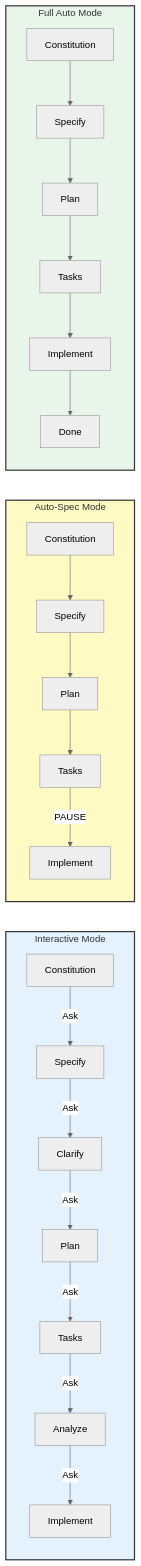
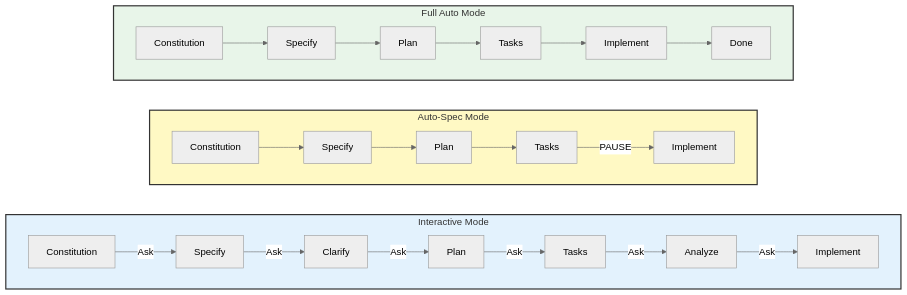
Before and after one commit to veerabhadra-ponna/spec-kit-smart: the second of 6 diagrams in README.md, drawn with Mermaid (neutral theme). The commit also changed other lines of this file, not shown here.

````diff
--- a/README.md
+++ b/README.md
@@ -825,30 +802,21 @@
 ```mermaid
 graph LR
     subgraph Interactive["Interactive Mode"]
-        I1[Constitution] --> | Ask | I2[Specify]
-        I2 --> | Ask | I3[Clarify]
-        I3 --> | Ask | I4[Plan]
-        I4 --> | Ask | I5[Tasks]
-        I5 --> | Ask | I6[Analyze]
-        I6 --> | Ask | I7[Implement]
+        direction LR
+        I1[Constitution] --> |Ask| I2[Specify] --> |Ask| I3[Clarify] --> |Ask| I4[Plan] --> |Ask| I5[Tasks] --> |Ask| I6[Analyze] --> |Ask| I7[Implement]
     end
 
     subgraph AutoSpec["Auto-Spec Mode"]
-        A1[Constitution] --> A2[Specify]
-        A2 --> A3[Plan]
-        A3 --> A4[Tasks]
-        A4 --> | PAUSE | A5[Implement]
+        direction LR
+        A1[Constitution] --> A2[Specify] --> A3[Plan] --> A4[Tasks] --> |PAUSE| A5[Implement]
     end
 
     subgraph FullAuto["Full Auto Mode"]
-        F1[Constitution] --> F2[Specify]
-        F2 --> F3[Plan]
-        F3 --> F4[Tasks]
-        F4 --> F5[Implement]
-        F5 --> F6[Done]
+        direction LR
+        F1[Constitution] --> F2[Specify] --> F3[Plan] --> F4[Tasks] --> F5[Implement] --> F6[Done]
     end
 
     style Interactive fill:#e3f2fd,stroke:#333,stroke-width:2px
     style AutoSpec fill:#fff9c4,stroke:#333,stroke-width:2px
     style FullAuto fill:#e8f5e9,stroke:#333,stroke-width:2px
 ```
````
